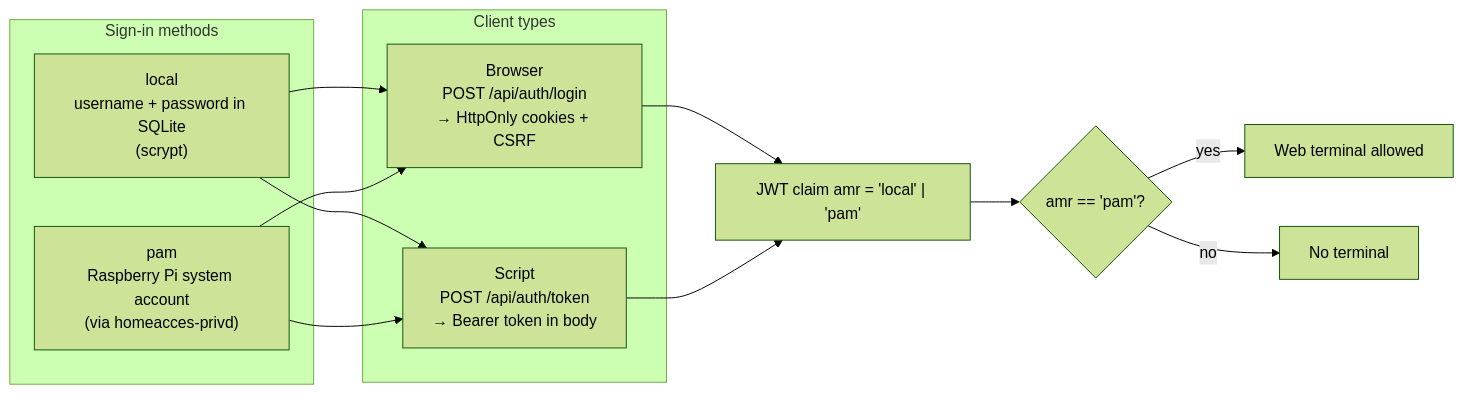
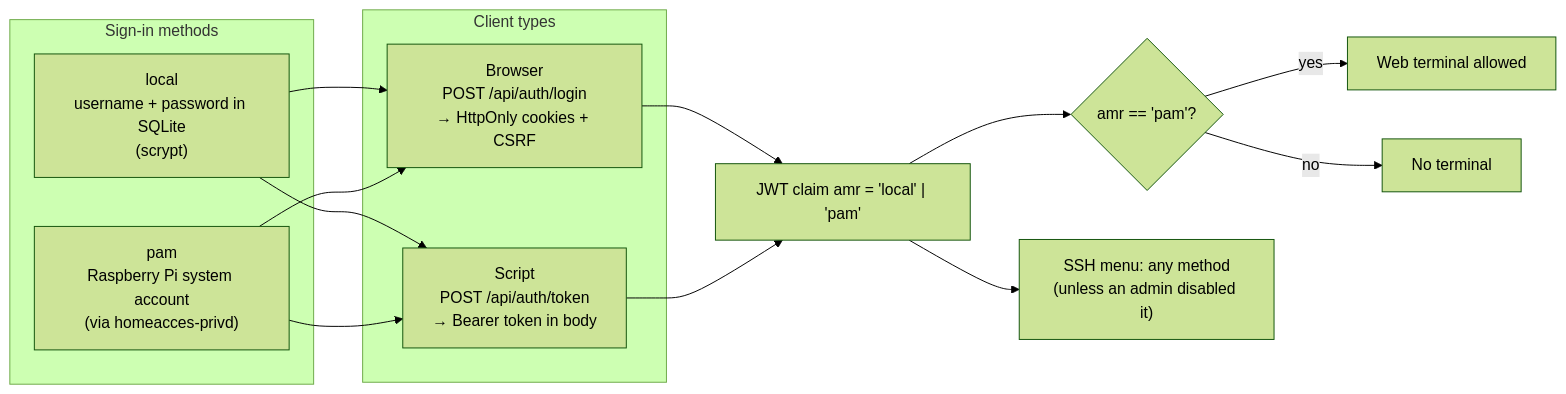
One commit to juanecito/Home_Access_Web changed the first of 10 diagrams in doc/04-authentication.md. Above: the diagram before and after it, drawn with Mermaid (forest theme). The commit also changed other lines of this file and 40 other files, not shown here.

````diff
--- a/doc/04-authentication.md
+++ b/doc/04-authentication.md
@@ -10,18 +11,19 @@
 ```mermaid
 flowchart LR
     subgraph Methods["Sign-in methods"]
         L["local<br/>username + password in SQLite<br/>(scrypt)"]
         P["pam<br/>Raspberry Pi system account<br/>(via homeacces-privd)"]
     end
     subgraph Clients["Client types"]
         BR["Browser<br/>POST /api/auth/login<br/>→ HttpOnly cookies + CSRF"]
         SC["Script<br/>POST /api/auth/token<br/>→ Bearer token in body"]
     end
     L --> BR & SC
     P --> BR & SC
     BR --> AMR["JWT claim amr = 'local' | 'pam'"]
     SC --> AMR
     AMR --> T{"amr == 'pam'?"}
     T -- yes --> TERM["Web terminal allowed"]
     T -- no --> NOTERM["No terminal"]
+    AMR --> SSHM["SSH menu: any method<br/>(unless an admin disabled it)"]
 ```
````
